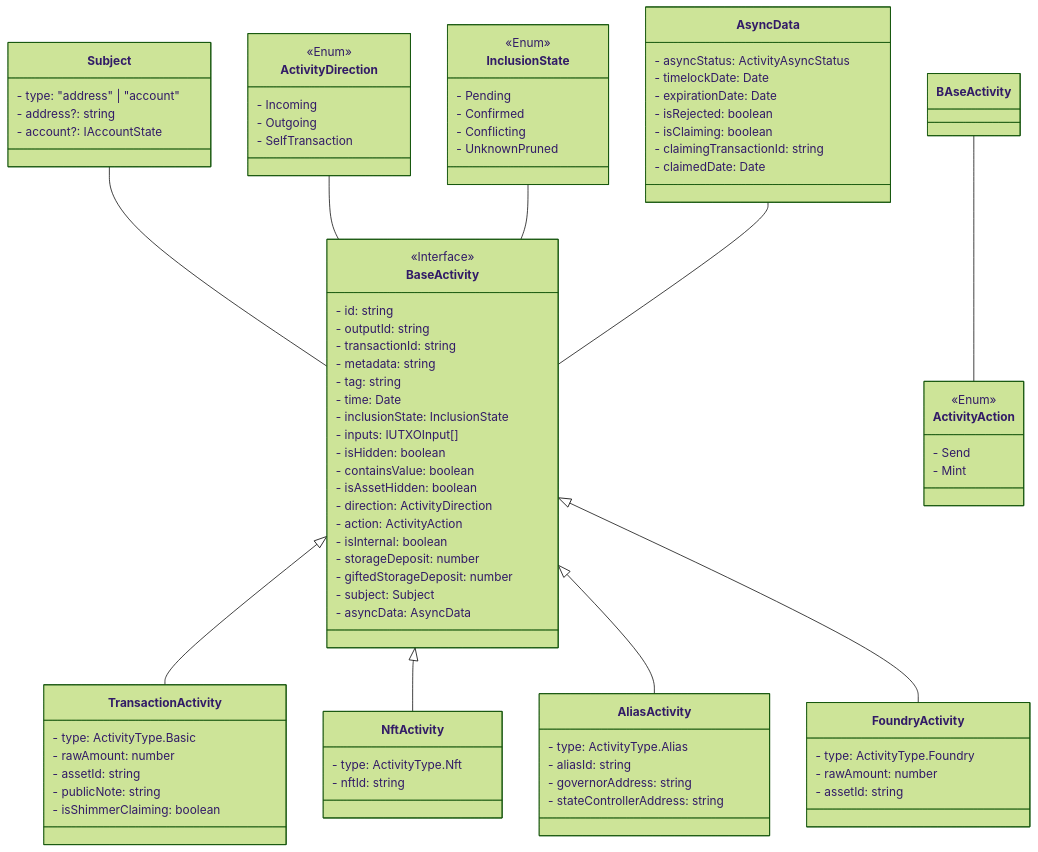
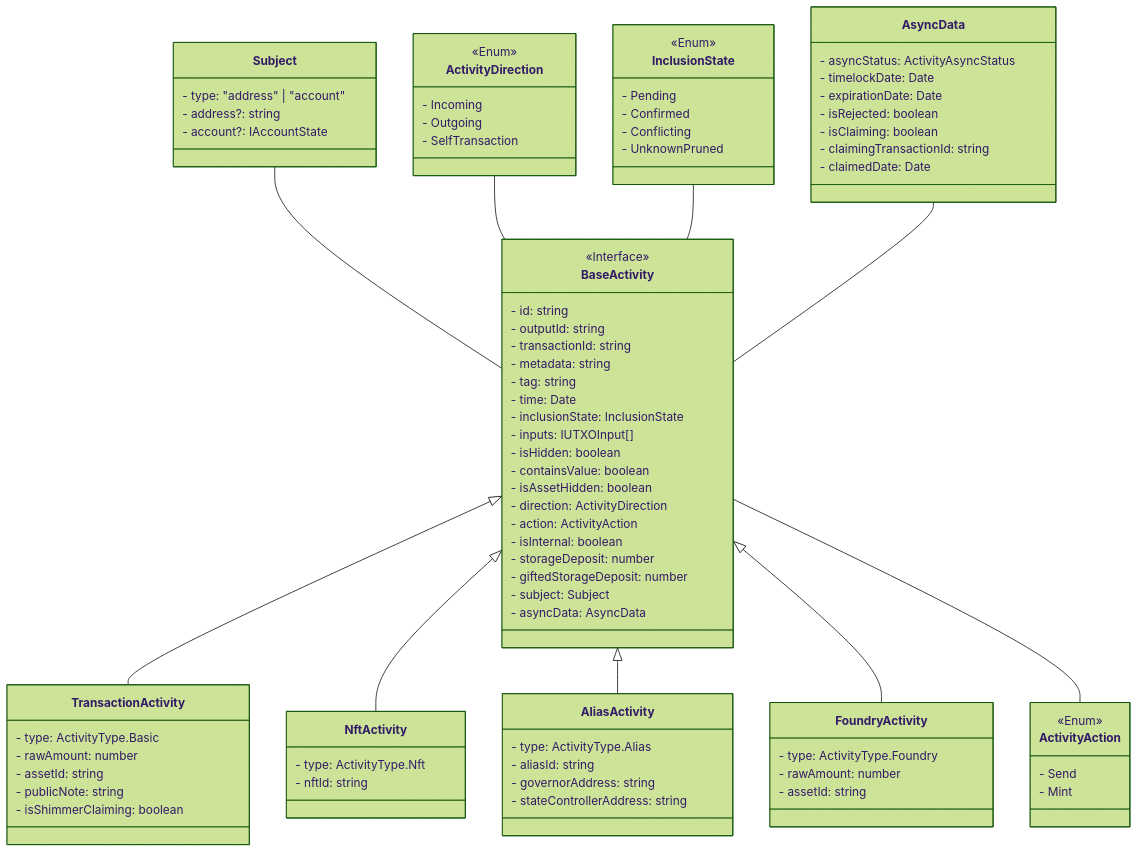
Before and after one commit to iotaledger/firefly: the diagram in docs/specifications/activities/class-diagram.md, drawn with Mermaid (forest theme).

Commit message:
fix: fix diagram

```diff
--- a/docs/specifications/activities/class-diagram.md
+++ b/docs/specifications/activities/class-diagram.md
@@ -16,7 +16,7 @@
     Base Activity <|-- Nft Activity
     Base Activity <|-- Alias Activity
     Base Activity <|-- Foundry Activity
-    BAse Activity -- Activity Action
+    Base Activity -- Activity Action
     class Base Activity {
         <<Interface>>
         - id: string
```
